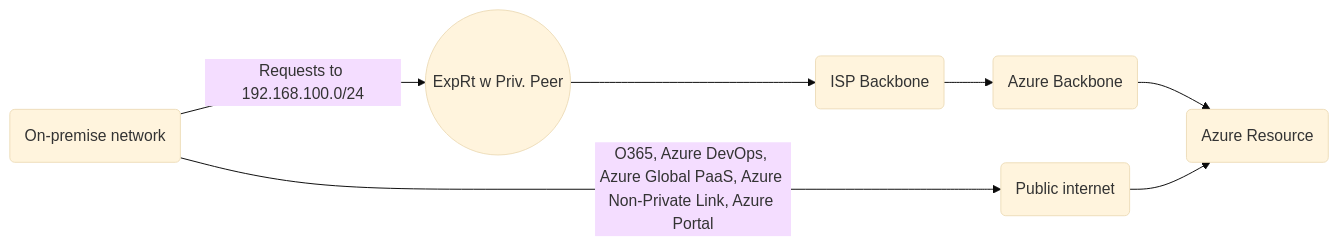
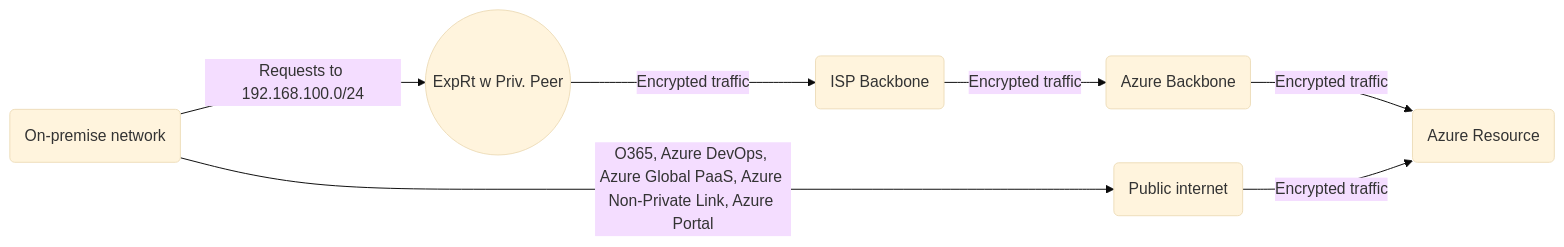
One commit to bigtoga/Examples changed the second of 4 diagrams in Cloud - Azure/Azure Virtual Networks/ExpressRoute and S2S VPN.md. Above: the diagram before and after it, drawn with Mermaid (base theme). The commit also changed other lines of this file, not shown here.

Commit message:
Update ExpressRoute and S2S VPN.md

````diff
--- a/Cloud - Azure/Azure Virtual Networks/ExpressRoute and S2S VPN.md
+++ b/Cloud - Azure/Azure Virtual Networks/ExpressRoute and S2S VPN.md
@@ -88,9 +88,9 @@
 ```mermaid
 graph LR
     A(On-premise network) -- Requests to 192.168.100.0/24 --> B((ExpRt w Priv. Peer))
-    B --> C(ISP Backbone)
-    C --> D(Azure Backbone)
-    D --> E(Azure Resource)
+    B -- Encrypted traffic --> C(ISP Backbone)
+    C -- Encrypted traffic --> D(Azure Backbone)
+    D -- Encrypted traffic --> E(Azure Resource)
     A -- O365, Azure DevOps, Azure Global PaaS, Azure Non-Private Link, Azure Portal --> F(Public internet)
-    F --> E
+    F -- Encrypted traffic --> E
 ```    
````
